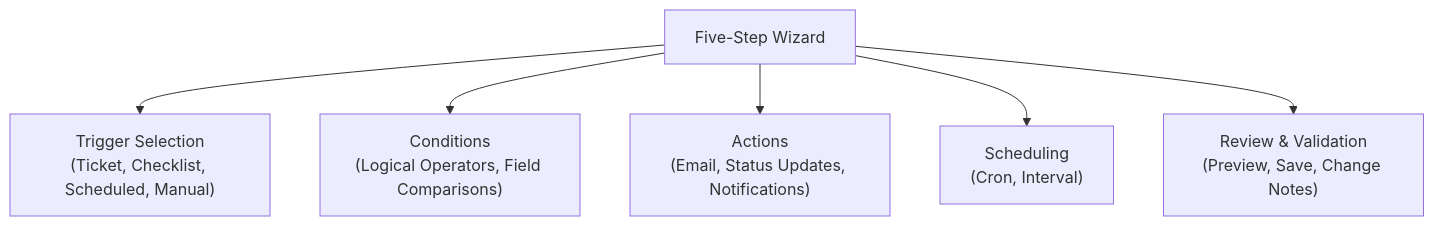
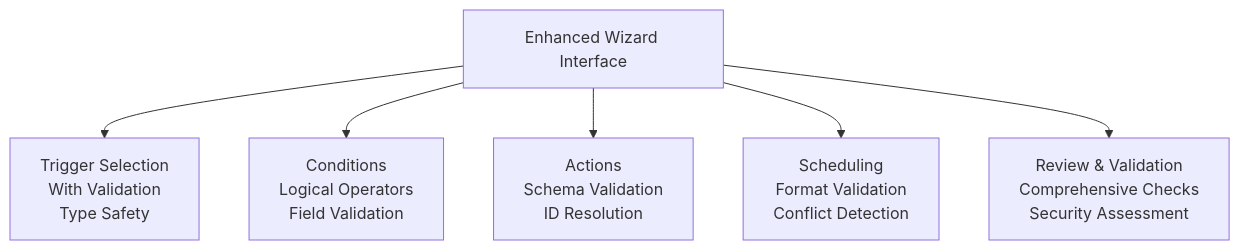
The fourth of 7 diagrams in .qoder/repowiki/en/content/Automation System/Automation System.md (gastaldellomarco/pcReady), drawn with Mermaid before and after one commit. The commit also changed other lines of this file and 4 other files, not shown here.

````diff
--- a/.qoder/repowiki/en/content/Automation System/Automation System.md
+++ b/.qoder/repowiki/en/content/Automation System/Automation System.md
@@ -431,8 +417,8 @@
 ```mermaid
 flowchart TD
-Wizard["Five-Step Wizard"] --> Step1["Trigger Selection<br/>(Ticket, Checklist, Scheduled, Manual)"]
-Wizard --> Step2["Conditions<br/>(Logical Operators, Field Comparisons)"]
-Wizard --> Step3["Actions<br/>(Email, Status Updates, Notifications)"]
-Wizard --> Step4["Scheduling<br/>(Cron, Interval)"]
-Wizard --> Step5["Review & Validation<br/>(Preview, Save, Change Notes)"]
+Wizard["Enhanced Wizard Interface"] --> Step1["Trigger Selection<br/>With Validation<br/>Type Safety"]
+Wizard --> Step2["Conditions<br/>Logical Operators<br/>Field Validation"]
+Wizard --> Step3["Actions<br/>Schema Validation<br/>ID Resolution"]
+Wizard --> Step4["Scheduling<br/>Format Validation<br/>Conflict Detection"]
+Wizard --> Step5["Review & Validation<br/>Comprehensive Checks<br/>Security Assessment"]
 ```
````
